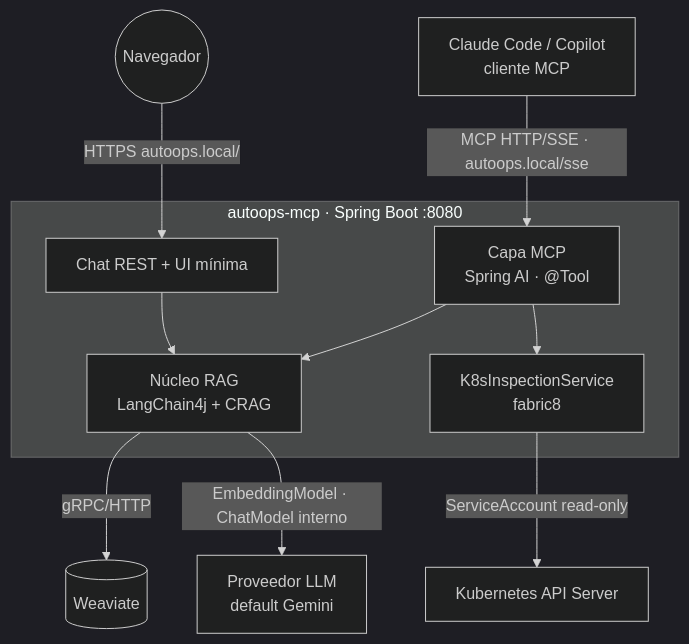
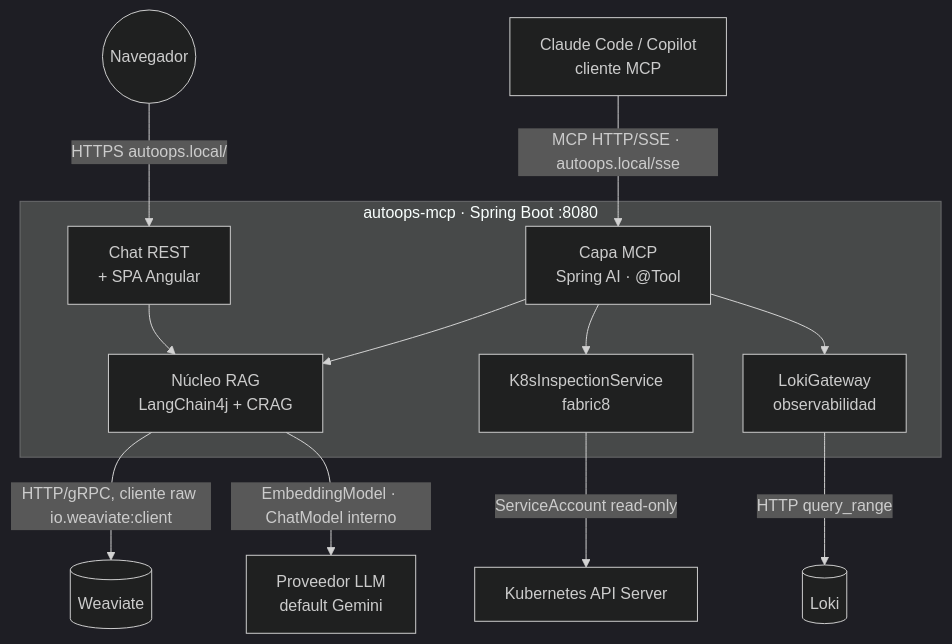
One commit to mikel0ne/ai-platform-portfolio changed the diagram in autoops/docs/arquitectura/02-arquitectura-sistema.md. Above: the diagram before and after it, drawn with Mermaid (dark theme). The commit also changed other lines of this file and 6 other files, not shown here.

Commit message:
docs(autoops): align architecture docs with the code (embeddings, weaviate, packages, roadmap)

````diff
--- a/autoops/docs/arquitectura/02-arquitectura-sistema.md
+++ b/autoops/docs/arquitectura/02-arquitectura-sistema.md
@@ -50,21 +61,24 @@
 ```mermaid
 flowchart TB
     CC[Claude Code / Copilot<br/>cliente MCP]
     BR((Navegador))
     CC -->|MCP HTTP/SSE · autoops.local/sse| MCP
     BR -->|HTTPS autoops.local/| CHAT
 
     subgraph POD["autoops-mcp · Spring Boot :8080"]
         MCP[Capa MCP<br/>Spring AI · @Tool]
-        CHAT[Chat REST + UI mínima]
+        CHAT[Chat REST<br/>+ SPA Angular]
         RAG[Núcleo RAG<br/>LangChain4j + CRAG]
         K8S[K8sInspectionService<br/>fabric8]
+        OBS[LokiGateway<br/>observabilidad]
         MCP --> RAG
         MCP --> K8S
+        MCP --> OBS
         CHAT --> RAG
     end
 
-    RAG -->|gRPC/HTTP| WV[(Weaviate)]
+    RAG -->|HTTP/gRPC, cliente raw io.weaviate:client| WV[(Weaviate)]
     RAG -->|EmbeddingModel · ChatModel interno| LLM[Proveedor LLM<br/>default Gemini]
     K8S -->|ServiceAccount read-only| KAPI[Kubernetes API Server]
+    OBS -->|HTTP query_range| LK[(Loki)]
 ```
````
